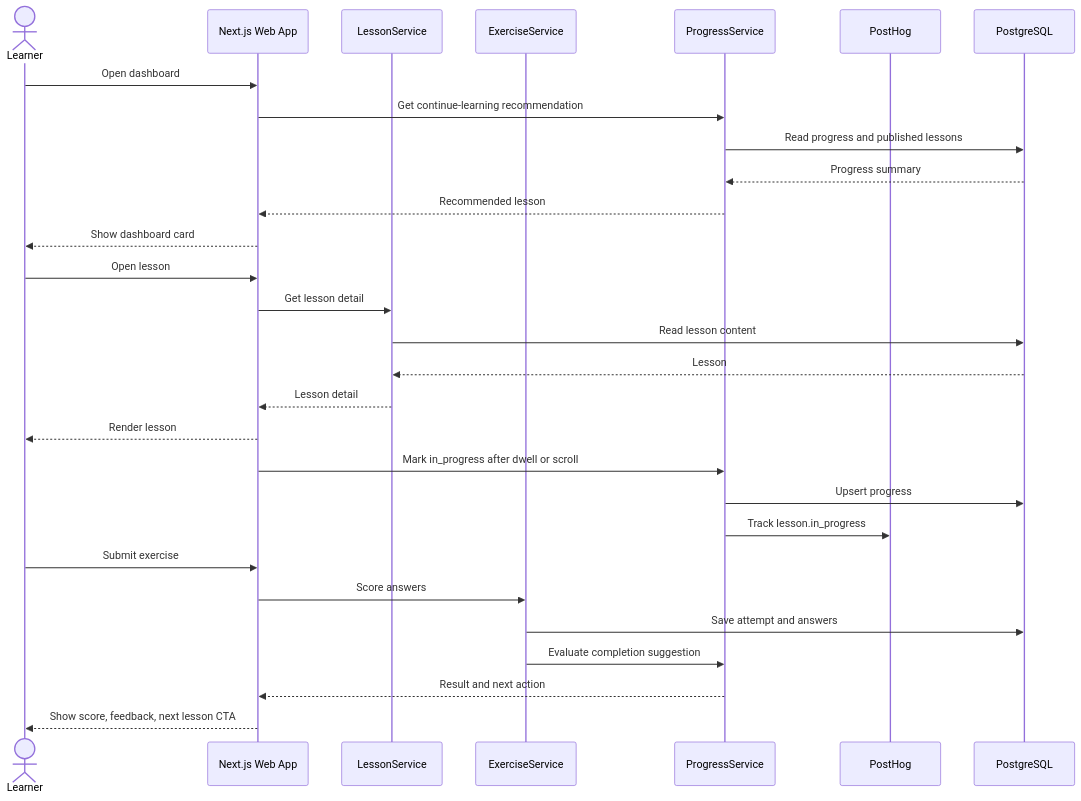
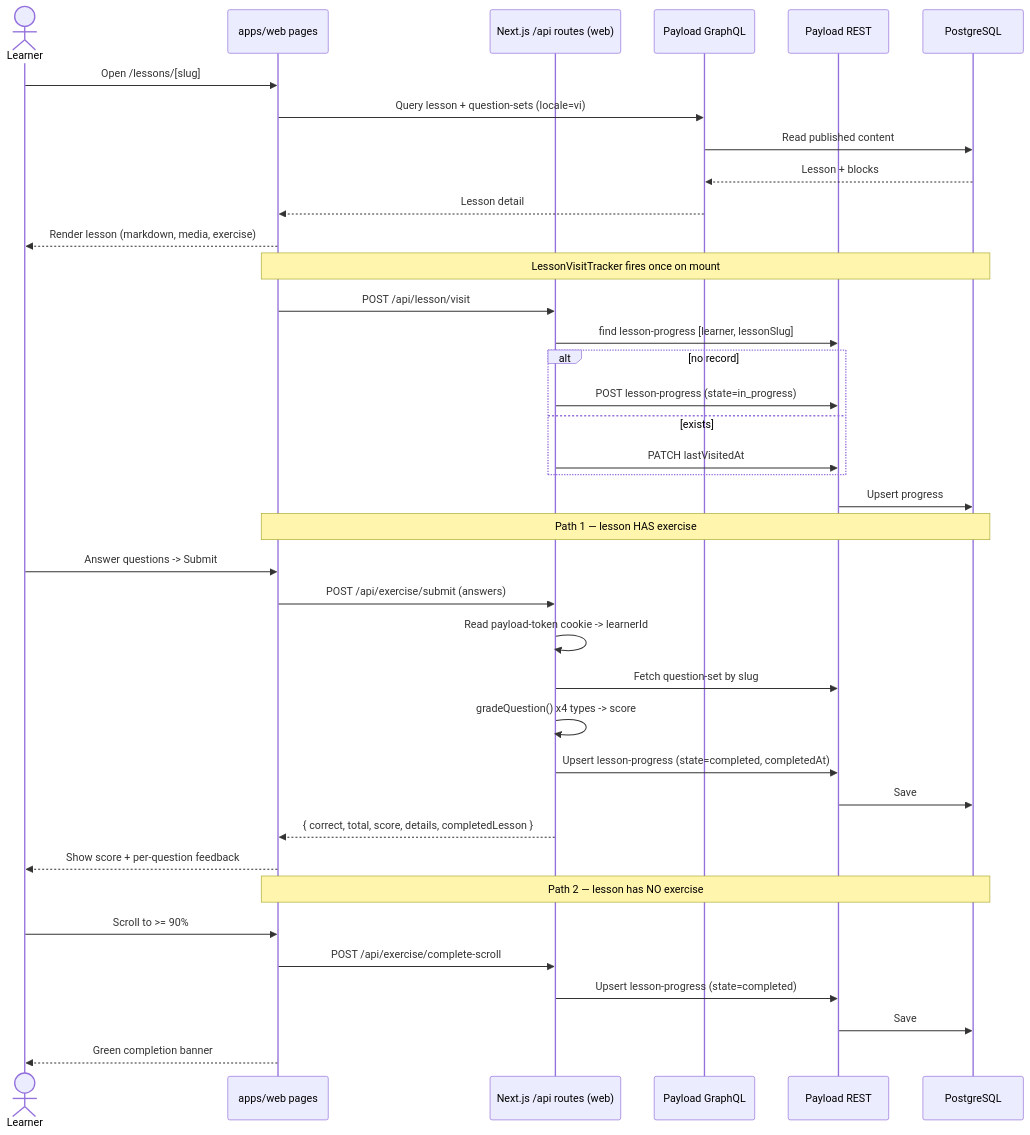
One commit to Namtk214/Software-engineering-proj-document changed the second of 3 diagrams in diagrams.md. Above: the diagram before and after it, drawn with Mermaid. The commit also changed other lines of this file and 2 other files, not shown here.

````diff
--- a/diagrams.md
+++ b/diagrams.md
@@ -162,35 +271,44 @@
 ```mermaid
 sequenceDiagram
   actor Learner
-  participant Web as Next.js Web App
-  participant LessonSvc as LessonService
-  participant ExSvc as ExerciseService
-  participant Progress as ProgressService
-  participant Analytics as PostHog
+  participant Web as apps/web pages
+  participant API as Next.js /api routes (web)
+  participant GQL as Payload GraphQL
+  participant REST as Payload REST
   participant DB as PostgreSQL
 
-  Learner->>Web: Open dashboard
-  Web->>Progress: Get continue-learning recommendation
-  Progress->>DB: Read progress and published lessons
-  DB-->>Progress: Progress summary
-  Progress-->>Web: Recommended lesson
-  Web-->>Learner: Show dashboard card
+  Learner->>Web: Open /lessons/[slug]
+  Web->>GQL: Query lesson + question-sets (locale=vi)
+  GQL->>DB: Read published content
+  DB-->>GQL: Lesson + blocks
+  GQL-->>Web: Lesson detail
+  Web-->>Learner: Render lesson (markdown, media, exercise)
 
-  Learner->>Web: Open lesson
-  Web->>LessonSvc: Get lesson detail
-  LessonSvc->>DB: Read lesson content
-  DB-->>LessonSvc: Lesson
-  LessonSvc-->>Web: Lesson detail
-  Web-->>Learner: Render lesson
+  Note over Web,DB: LessonVisitTracker fires once on mount
+  Web->>API: POST /api/lesson/visit
+  API->>REST: find lesson-progress [learner, lessonSlug]
+  alt no record
+    API->>REST: POST lesson-progress (state=in_progress)
+  else exists
+    API->>REST: PATCH lastVisitedAt
+  end
+  REST->>DB: Upsert progress
 
-  Web->>Progress: Mark in_progress after dwell or scroll
-  Progress->>DB: Upsert progress
-  Progress->>Analytics: Track lesson.in_progress
+  Note over Web,DB: Path 1 — lesson HAS exercise
+  Learner->>Web: Answer questions -> Submit
+  Web->>API: POST /api/exercise/submit (answers)
+  API->>API: Read payload-token cookie -> learnerId
+  API->>REST: Fetch question-set by slug
+  API->>API: gradeQuestion() x4 types -> score
+  API->>REST: Upsert lesson-progress (state=completed, completedAt)
+  REST->>DB: Save
+  API-->>Web: { correct, total, score, details, completedLesson }
+  Web-->>Learner: Show score + per-question feedback
 
-  Learner->>Web: Submit exercise
-  Web->>ExSvc: Score answers
-  ExSvc->>DB: Save attempt and answers
-  ExSvc->>Progress: Evaluate completion suggestion
-  Progress-->>Web: Result and next action
-  Web-->>Learner: Show score, feedback, next lesson CTA
+  Note over Web,DB: Path 2 — lesson has NO exercise
+  Learner->>Web: Scroll to >= 90%
+  Web->>API: POST /api/exercise/complete-scroll
+  API->>REST: Upsert lesson-progress (state=completed)
+  REST->>DB: Save
+  Web-->>Learner: Green completion banner
 ```
````
